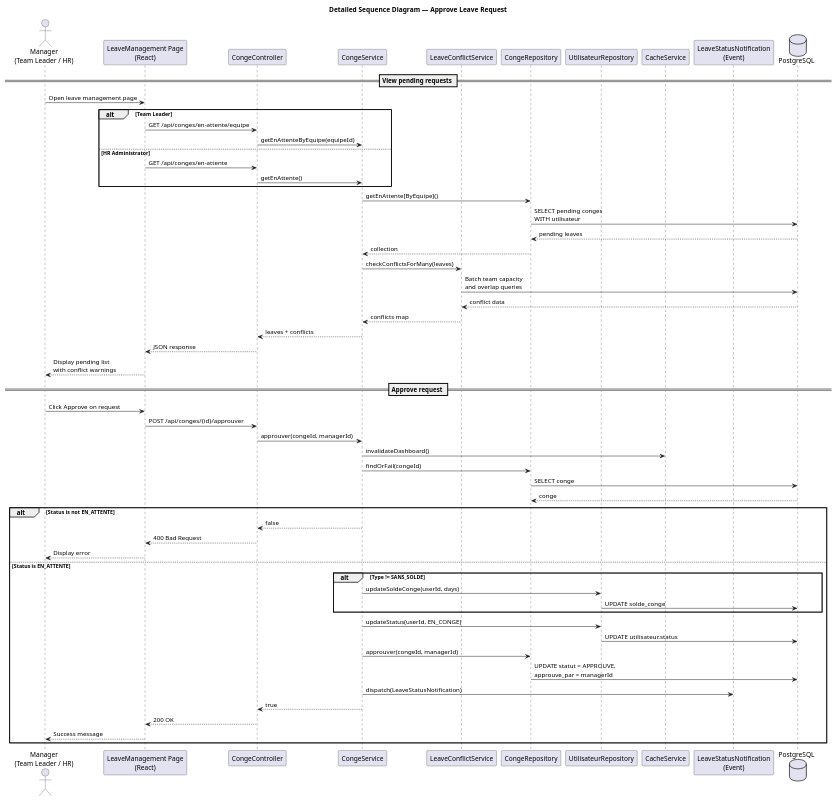
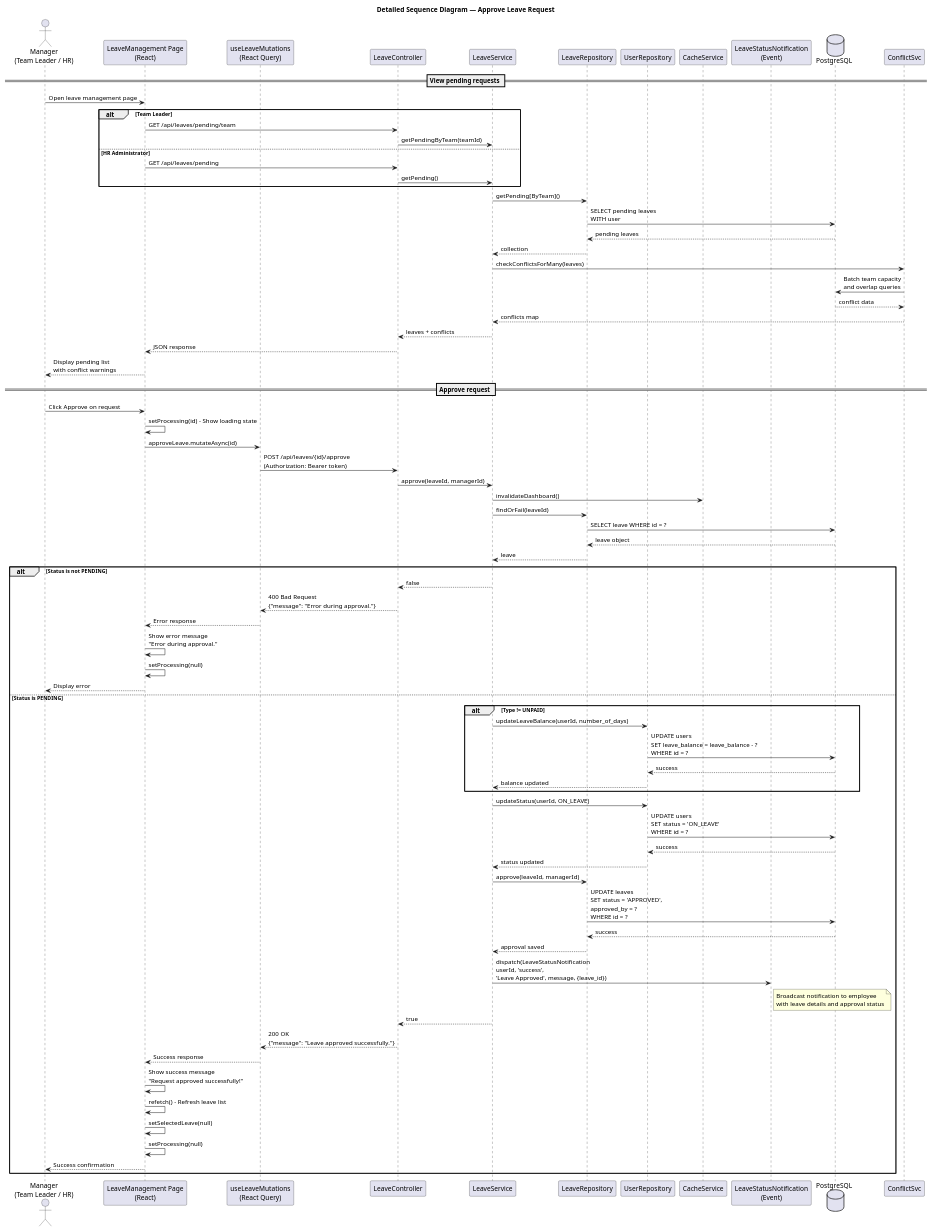
One commit to Dienbi/PFE-TacTic changed the diagram in UML/release2/approve-leave-sequence.puml. Above: the diagram before and after it, drawn with PlantUML. The commit also changed 46 other files, not shown here.

Commit message:
fixing problems, payroll history page , uml changes

```diff
--- a/UML/release2/approve-leave-sequence.puml
+++ b/UML/release2/approve-leave-sequence.puml
@@ -1,73 +1,95 @@
 @startuml approve_leave_sequence
 title Detailed Sequence Diagram — Approve Leave Request
 
 actor "Manager\n(Team Leader / HR)" as Manager
 participant "LeaveManagement Page\n(React)" as UI
-participant "CongeController" as Controller
-participant "CongeService" as Service
-participant "LeaveConflictService" as ConflictSvc
-participant "CongeRepository" as CongeRepo
-participant "UtilisateurRepository" as UserRepo
+participant "useLeaveMutations\n(React Query)" as Mutations
+participant "LeaveController" as Controller
+participant "LeaveService" as Service
+participant "LeaveRepository" as LeaveRepo
+participant "UserRepository" as UserRepo
 participant "CacheService" as Cache
 participant "LeaveStatusNotification\n(Event)" as Event
 database "PostgreSQL" as DB
 
 == View pending requests ==
 
 Manager -> UI : Open leave management page
 
 alt Team Leader
-  UI -> Controller : GET /api/conges/en-attente/equipe
-  Controller -> Service : getEnAttenteByEquipe(equipeId)
+  UI -> Controller : GET /api/leaves/pending/team
+  Controller -> Service : getPendingByTeam(teamId)
 else HR Administrator
-  UI -> Controller : GET /api/conges/en-attente
-  Controller -> Service : getEnAttente()
+  UI -> Controller : GET /api/leaves/pending
+  Controller -> Service : getPending()
 end
 
-Service -> CongeRepo : getEnAttente[ByEquipe]()
-CongeRepo -> DB : SELECT pending conges\nWITH utilisateur
-DB --> CongeRepo : pending leaves
-CongeRepo --> Service : collection
+Service -> LeaveRepo : getPending[ByTeam]()
+LeaveRepo -> DB : SELECT pending leaves\nWITH user
+DB --> LeaveRepo : pending leaves
+LeaveRepo --> Service : collection
 
 Service -> ConflictSvc : checkConflictsForMany(leaves)
 ConflictSvc -> DB : Batch team capacity\nand overlap queries
 DB --> ConflictSvc : conflict data
 ConflictSvc --> Service : conflicts map
 Service --> Controller : leaves + conflicts
 Controller --> UI : JSON response
 UI --> Manager : Display pending list\nwith conflict warnings
 
 == Approve request ==
 
 Manager -> UI : Click Approve on request
-UI -> Controller : POST /api/conges/{id}/approuver
-Controller -> Service : approuver(congeId, managerId)
+UI -> UI : setProcessing(id) - Show loading state
+UI -> Mutations : approveLeave.mutateAsync(id)
+Mutations -> Controller : POST /api/leaves/{id}/approve\n(Authorization: Bearer token)
+Controller -> Service : approve(leaveId, managerId)
 
 Service -> Cache : invalidateDashboard()
-Service -> CongeRepo : findOrFail(congeId)
-CongeRepo -> DB : SELECT conge
-DB --> CongeRepo : conge
+Service -> LeaveRepo : findOrFail(leaveId)
+LeaveRepo -> DB : SELECT leave WHERE id = ?
+DB --> LeaveRepo : leave object
+LeaveRepo --> Service : leave
 
-alt Status is not EN_ATTENTE
+alt Status is not PENDING
   Service --> Controller : false
-  Controller --> UI : 400 Bad Request
+  Controller --> Mutations : 400 Bad Request\n{"message": "Error during approval."}
+  Mutations --> UI : Error response
+  UI -> UI : Show error message\n"Error during approval."
+  UI -> UI : setProcessing(null)
   UI --> Manager : Display error
-else Status is EN_ATTENTE
-  alt Type != SANS_SOLDE
-    Service -> UserRepo : updateSoldeConge(userId, days)
-    UserRepo -> DB : UPDATE solde_conge
+else Status is PENDING
+  alt Type != UNPAID
+    Service -> UserRepo : updateLeaveBalance(userId, number_of_days)
+    UserRepo -> DB : UPDATE users\nSET leave_balance = leave_balance - ?\nWHERE id = ?
+    DB --> UserRepo : success
+    UserRepo --> Service : balance updated
   end
 
-  Service -> UserRepo : updateStatus(userId, EN_CONGE)
-  UserRepo -> DB : UPDATE utilisateur.status
+  Service -> UserRepo : updateStatus(userId, ON_LEAVE)
+  UserRepo -> DB : UPDATE users\nSET status = 'ON_LEAVE'\nWHERE id = ?
+  DB --> UserRepo : success
+  UserRepo --> Service : status updated
 
-  Service -> CongeRepo : approuver(congeId, managerId)
-  CongeRepo -> DB : UPDATE statut = APPROUVE,\napprouve_par = managerId
+  Service -> LeaveRepo : approve(leaveId, managerId)
+  LeaveRepo -> DB : UPDATE leaves\nSET status = 'APPROVED',\napproved_by = ?\nWHERE id = ?
+  DB --> LeaveRepo : success
+  LeaveRepo --> Service : approval saved
 
-  Service -> Event : dispatch(LeaveStatusNotification)
+  Service -> Event : dispatch(LeaveStatusNotification\nuserId, 'success',\n'Leave Approved', message, {leave_id})
+  note right of Event
+    Broadcast notification to employee
+    with leave details and approval status
+  end note
+
   Service --> Controller : true
-  Controller --> UI : 200 OK
-  UI --> Manager : Success message
+  Controller --> Mutations : 200 OK\n{"message": "Leave approved successfully."}
+  Mutations --> UI : Success response
+  UI -> UI : Show success message\n"Request approved successfully!"
+  UI -> UI : refetch() - Refresh leave list
+  UI -> UI : setSelectedLeave(null)
+  UI -> UI : setProcessing(null)
+  UI --> Manager : Success confirmation
 end
 
 @enduml
```
